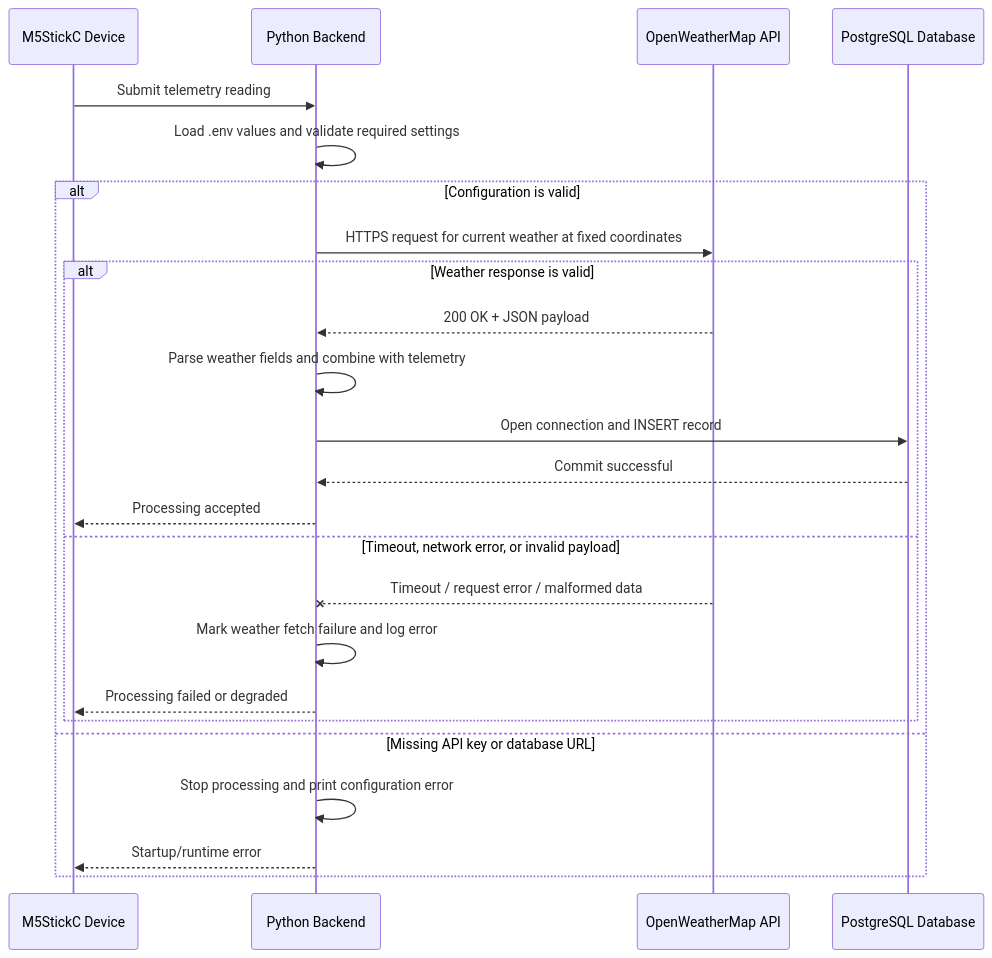
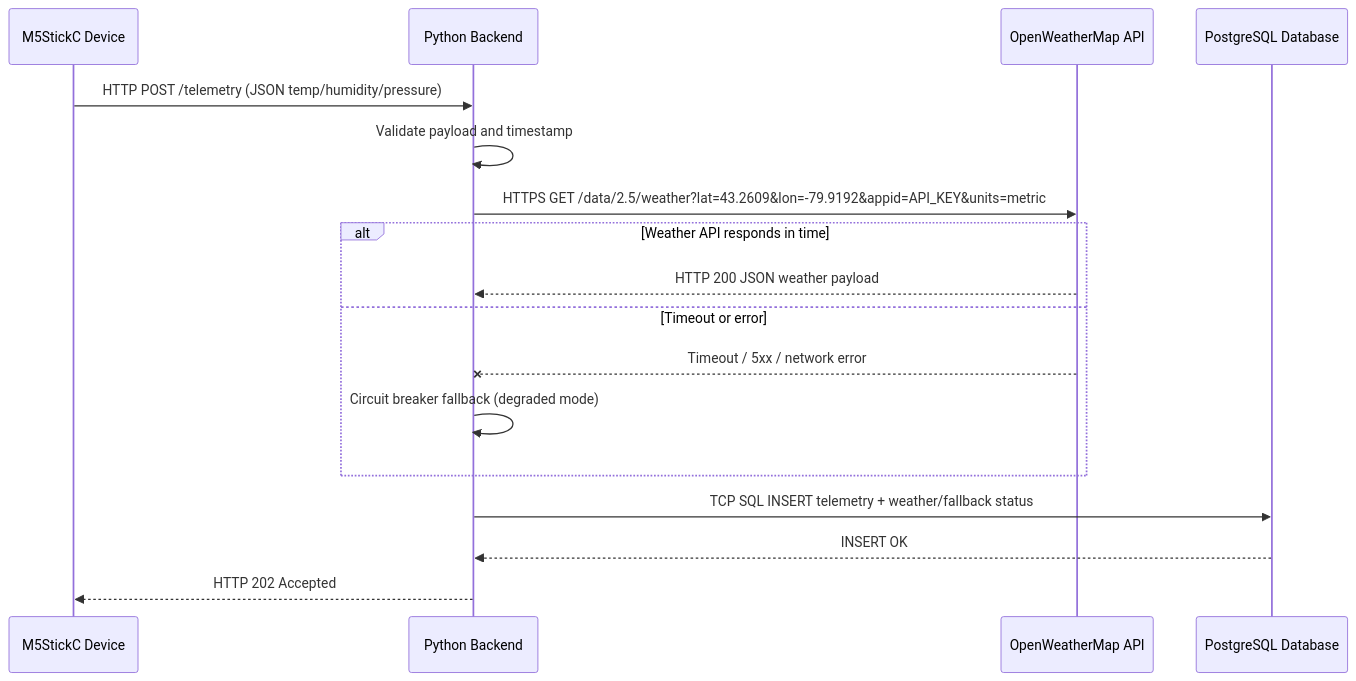
The third of 3 diagrams in docs/Milestone3-Viewpoints.md (thecybershotguy/envirosync), drawn with Mermaid before and after one commit. The commit also changed other lines of this file and 2 other files, not shown here.

Commit message:
Split Milestone 3 architecture from Milestone 4 implementation documentation

````diff
--- a/docs/Milestone3-Viewpoints.md
+++ b/docs/Milestone3-Viewpoints.md
@@ -55,27 +59,20 @@
 ```mermaid
 sequenceDiagram
     participant Device as M5StickC Device
     participant Backend as Python Backend
     participant OWM as OpenWeatherMap API
     participant DB as PostgreSQL Database
 
-    Device->>Backend: Submit telemetry reading
-    Backend->>Backend: Load .env values and validate required settings
-    alt Configuration is valid
-        Backend->>OWM: HTTPS request for current weather at fixed coordinates
-        alt Weather response is valid
-            OWM-->>Backend: 200 OK + JSON payload
-            Backend->>Backend: Parse weather fields and combine with telemetry
-            Backend->>DB: Open connection and INSERT record
-            DB-->>Backend: Commit successful
-            Backend-->>Device: Processing accepted
-        else Timeout, network error, or invalid payload
-            OWM--xBackend: Timeout / request error / malformed data
-            Backend->>Backend: Mark weather fetch failure and log error
-            Backend-->>Device: Processing failed or degraded
-        end
-    else Missing API key or database URL
-        Backend->>Backend: Stop processing and print configuration error
-        Backend-->>Device: Startup/runtime error
+    Device->>Backend: HTTP POST /telemetry (JSON temp/humidity/pressure)
+    Backend->>Backend: Validate payload and timestamp
+    Backend->>OWM: HTTPS GET /data/2.5/weather?lat=43.2609&lon=-79.9192&appid=API_KEY&units=metric
+    alt Weather API responds in time
+        OWM-->>Backend: HTTP 200 JSON weather payload
+    else Timeout or error
+        OWM--xBackend: Timeout / 5xx / network error
+        Backend->>Backend: Circuit breaker fallback (degraded mode)
     end
+    Backend->>DB: TCP SQL INSERT telemetry + weather/fallback status
+    DB-->>Backend: INSERT OK
+    Backend-->>Device: HTTP 202 Accepted
 ```
````
